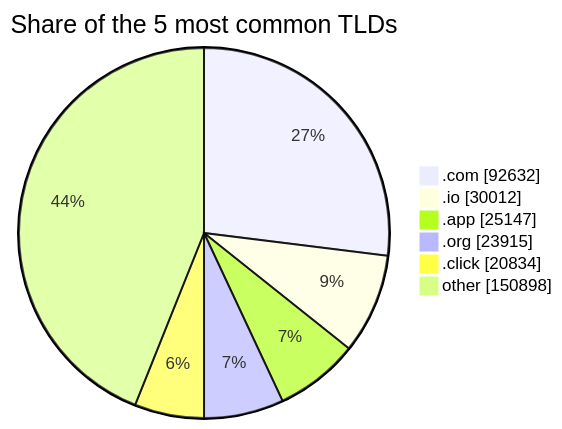
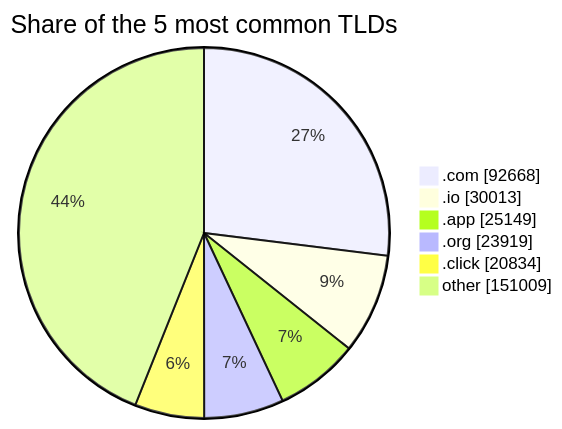
Before and after one commit to DNSBunker/CTI: the third of 3 diagrams in README.md, drawn with Mermaid. The commit also changed other lines of this file and 3 other files, not shown here.

````diff
--- a/README.md
+++ b/README.md
@@ -81,9 +81,9 @@
 ```mermaid
 pie showData title Share of the 5 most common TLDs
-    ".com" : 92632
-    ".io" : 30012
-    ".app" : 25147
-    ".org" : 23915
+    ".com" : 92668
+    ".io" : 30013
+    ".app" : 25149
+    ".org" : 23919
     ".click" : 20834
-    "other" : 150898
+    "other" : 151009
 ```
````
